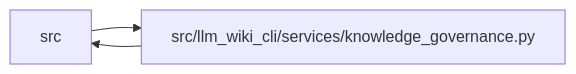
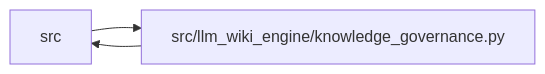
The diagram in docs/llm_wiki/modules/knowledge_governance.md (Denissvgn/python-wiki-llm), drawn with Mermaid before and after one commit. The commit also changed other lines of this file and 1058 other files, not shown here.

First line of the commit message:
docs: refresh the wiki for the knowledge store move

````diff
--- a/docs/llm_wiki/modules/knowledge_governance.md
+++ b/docs/llm_wiki/modules/knowledge_governance.md
@@ -71,8 +71,8 @@
 ```mermaid
 flowchart LR
     n0["src"]
-    n1["src/llm_wiki_cli/services/knowledge_governance.py"]
+    n1["src/llm_wiki_engine/knowledge_governance.py"]
     n0 --> n1
     n1 --> n0
     click n1 "../modules/knowledge_governance.md"
 ```
````
